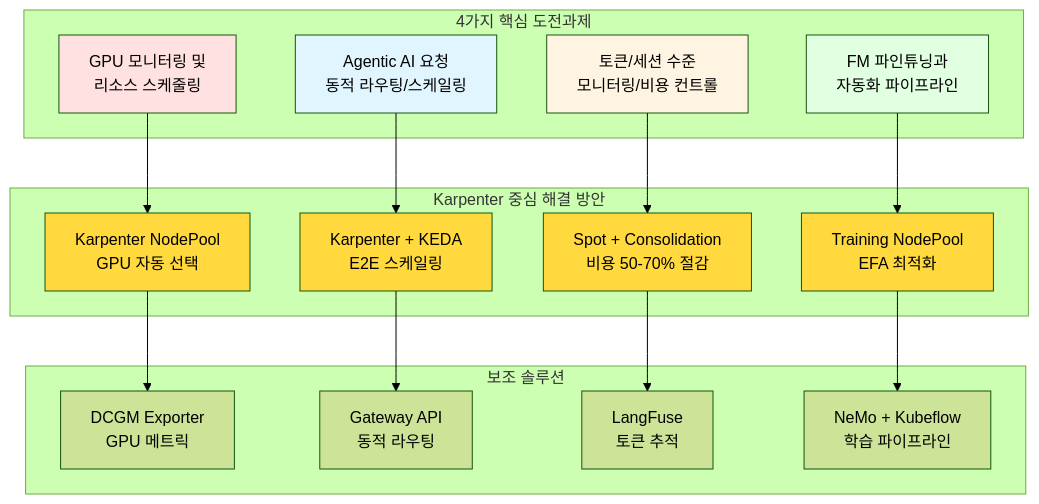
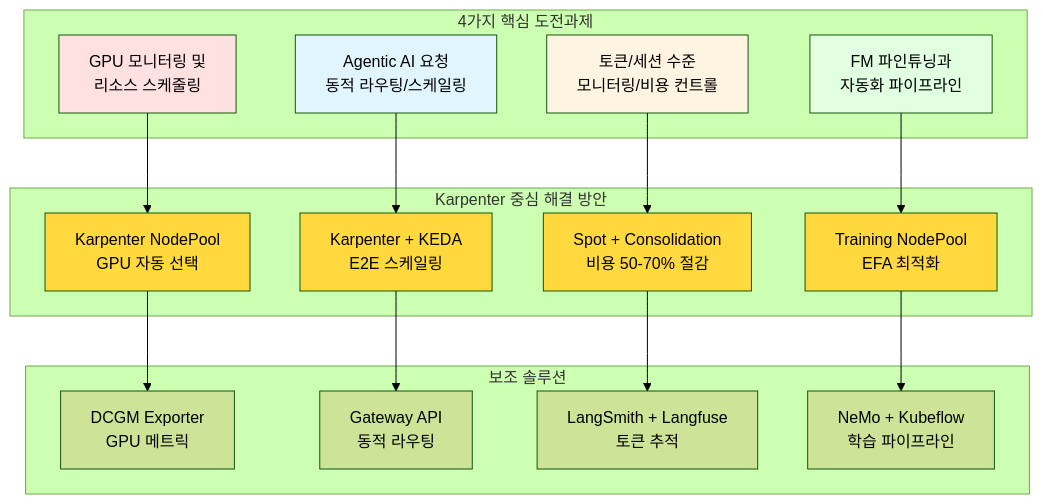
Before and after one commit to devfloor9/engineering-playbook: the sixth of 15 diagrams in docs/agentic-ai-platform/design-architecture/agentic-ai-solutions-eks.md, drawn with Mermaid (forest theme). The commit also changed other lines of this file and 21 other files, not shown here.

````diff
--- a/docs/agentic-ai-platform/design-architecture/agentic-ai-solutions-eks.md
+++ b/docs/agentic-ai-platform/design-architecture/agentic-ai-solutions-eks.md
@@ -320,41 +320,41 @@
 ```mermaid
 flowchart TD
     subgraph Challenges["4가지 핵심 도전과제"]
         C1["GPU 모니터링 및<br/>리소스 스케줄링"]
         C2["Agentic AI 요청<br/>동적 라우팅/스케일링"]
         C3["토큰/세션 수준<br/>모니터링/비용 컨트롤"]
         C4["FM 파인튜닝과<br/>자동화 파이프라인"]
     end
 
     subgraph KarpenterSolutions["Karpenter 중심 해결 방안"]
         S1["Karpenter NodePool<br/>GPU 자동 선택"]
         S2["Karpenter + KEDA<br/>E2E 스케일링"]
         S3["Spot + Consolidation<br/>비용 50-70% 절감"]
         S4["Training NodePool<br/>EFA 최적화"]
     end
 
     subgraph AuxSolutions["보조 솔루션"]
         A1["DCGM Exporter<br/>GPU 메트릭"]
         A2["Gateway API<br/>동적 라우팅"]
-        A3["LangFuse<br/>토큰 추적"]
+        A3["LangSmith + Langfuse<br/>토큰 추적"]
         A4["NeMo + Kubeflow<br/>학습 파이프라인"]
     end
 
     C1 --> S1
     C2 --> S2
     C3 --> S3
     C4 --> S4
     S1 --> A1
     S2 --> A2
     S3 --> A3
     S4 --> A4
 
     style C1 fill:#ffe1e1
     style C2 fill:#e1f5ff
     style C3 fill:#fff4e1
     style C4 fill:#e1ffe1
     style S1 fill:#ffd93d
     style S2 fill:#ffd93d
     style S3 fill:#ffd93d
     style S4 fill:#ffd93d
 ```
````
